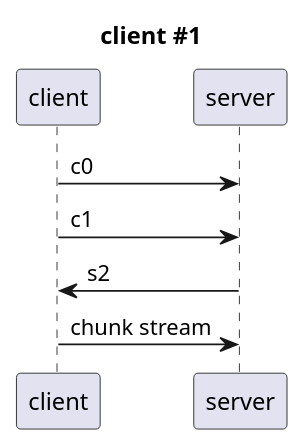
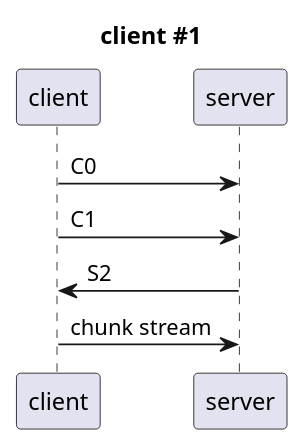
Before and after one commit to ejb-castis/rtmp-module-dev: the first of 5 diagrams in doc/rtmp.md, drawn with PlantUML. The commit also changed other lines of this file and 9 other files, not shown here.

````diff
--- a/doc/rtmp.md
+++ b/doc/rtmp.md
@@ -68,7 +66,7 @@
 ```puml
 title : client #1
-client -> server : c0
-client -> server : c1
-server -> client : s2
+client -> server : C0
+client -> server : C1
+server -> client : S2
 client -> server : chunk stream
 ```
````
